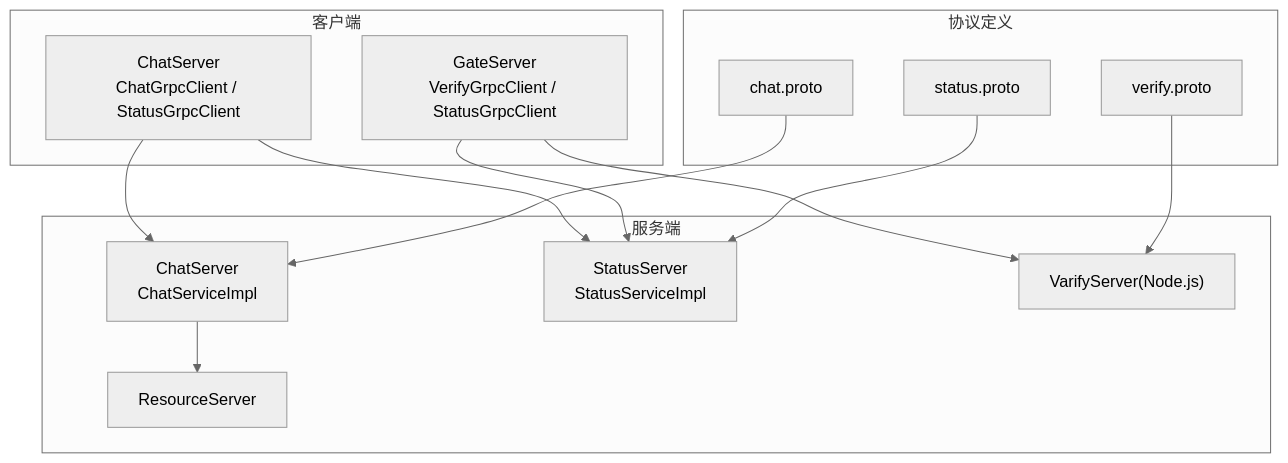
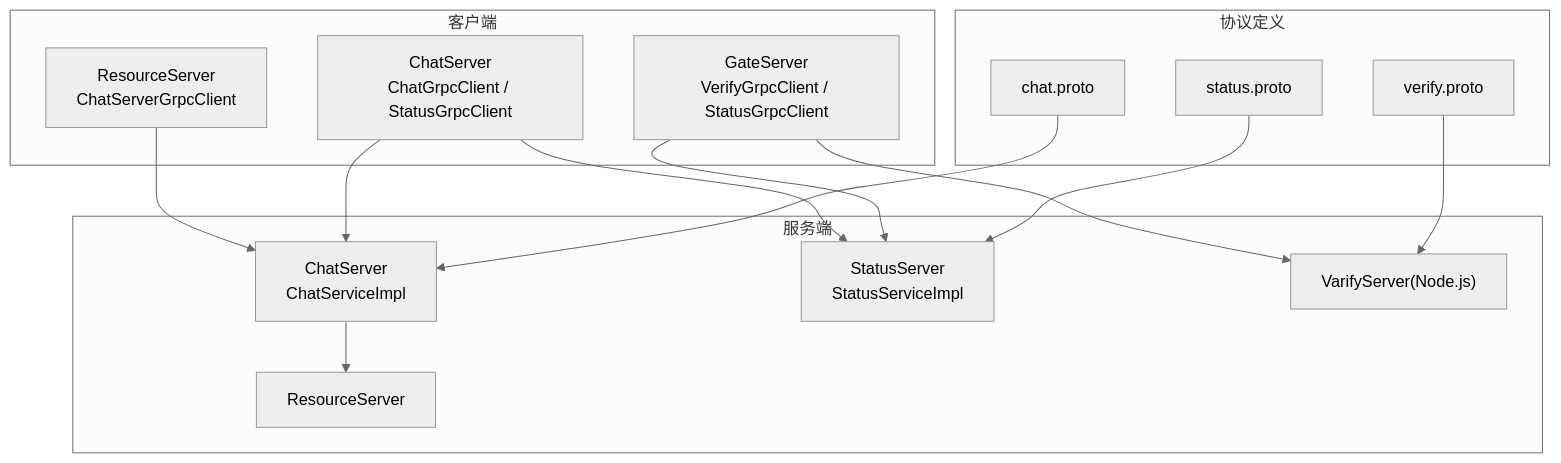
One commit to echo9923/mychatter changed the first of 8 diagrams in .qoder/repowiki/zh/content/架构设计/微服务架构设计/服务间通信机制.md. Above: the diagram before and after it, drawn with Mermaid (neutral theme). The commit also changed other lines of this file and 54 other files, not shown here.

````diff
--- a/.qoder/repowiki/zh/content/架构设计/微服务架构设计/服务间通信机制.md
+++ b/.qoder/repowiki/zh/content/架构设计/微服务架构设计/服务间通信机制.md
@@ -40,26 +57,28 @@
 ```mermaid
 graph TB
 subgraph "协议定义"
 P1["chat.proto"]
 P2["status.proto"]
 P3["verify.proto"]
 end
 subgraph "服务端"
 S1["ChatServer<br/>ChatServiceImpl"]
 S2["StatusServer<br/>StatusServiceImpl"]
 S3["ResourceServer"]
 S4["VarifyServer(Node.js)"]
 end
 subgraph "客户端"
 C1["GateServer<br/>VerifyGrpcClient / StatusGrpcClient"]
 C2["ChatServer<br/>ChatGrpcClient / StatusGrpcClient"]
+C3["ResourceServer<br/>ChatServerGrpcClient"]
 end
 P1 --> S1
 P2 --> S2
 P3 --> S4
 C1 --> S2
 C1 --> S4
 C2 --> S1
 C2 --> S2
+C3 --> S1
 S1 --> S3
 ```
````
